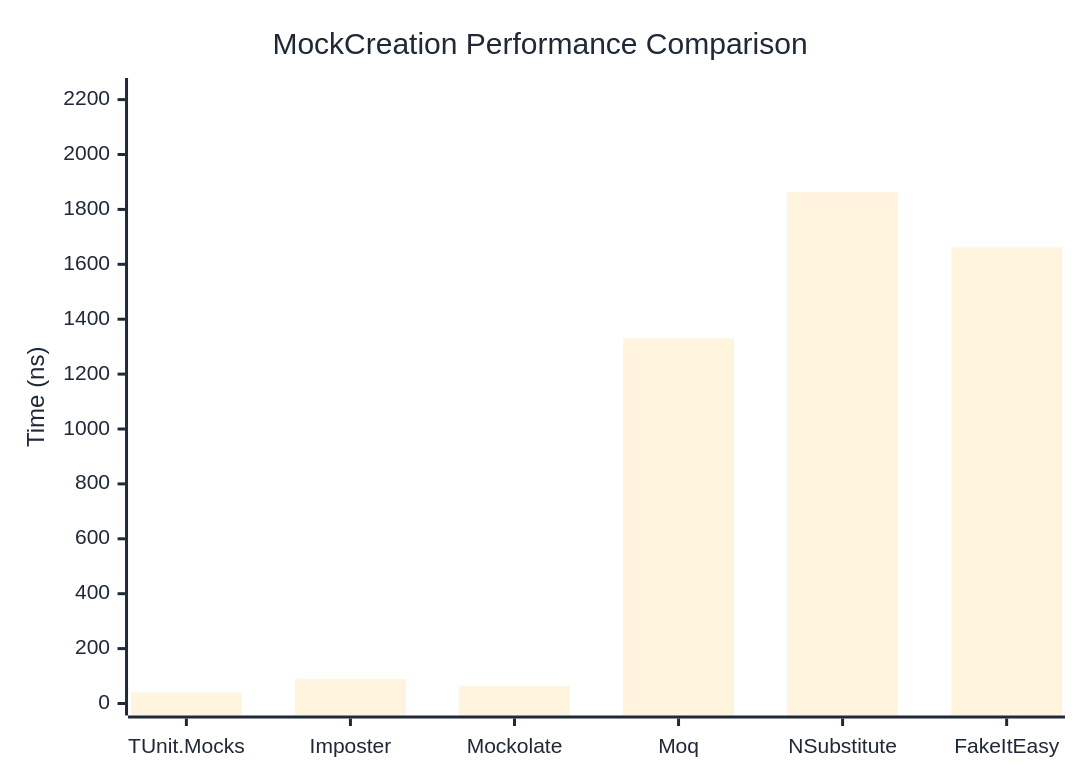
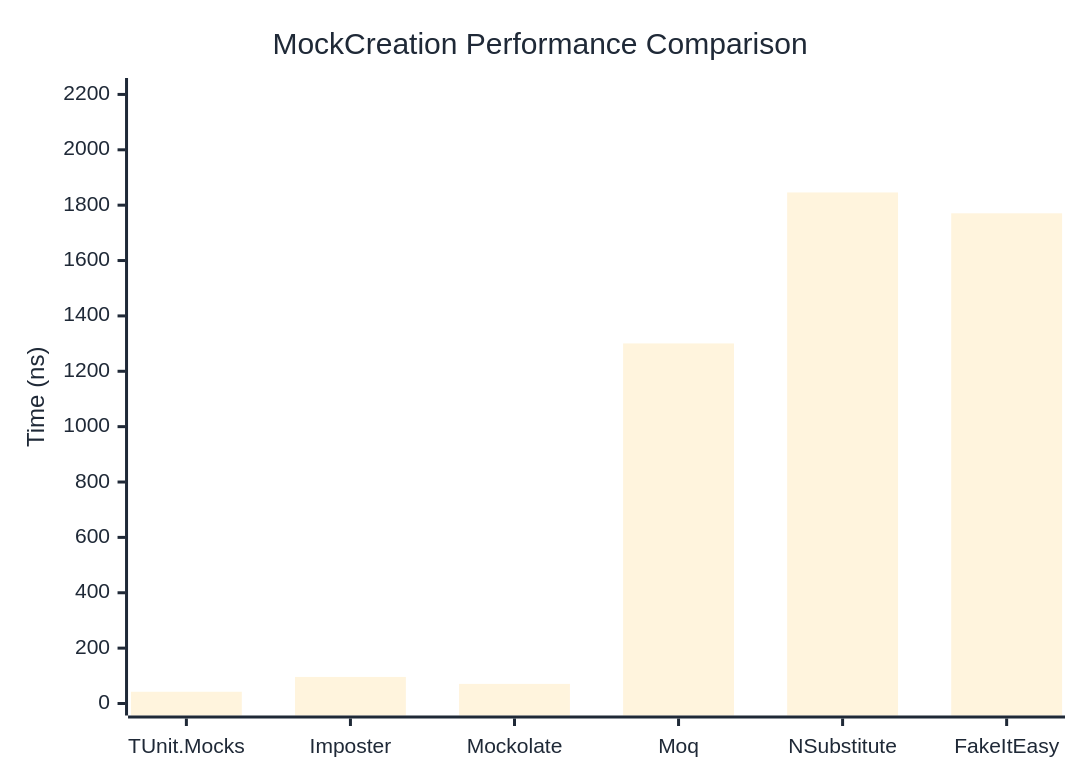
Before and after one commit to thomhurst/TUnit: the first of 2 diagrams in docs/docs/benchmarks/mocks/MockCreation.md, drawn with Mermaid. The commit also changed other lines of this file and 13 other files, not shown here.

````diff
--- a/docs/docs/benchmarks/mocks/MockCreation.md
+++ b/docs/docs/benchmarks/mocks/MockCreation.md
@@ -28,27 +28,27 @@
 ```mermaid
 %%{init: {
   'theme':'base',
   'themeVariables': {
     'primaryColor': '#2563eb',
     'primaryTextColor': '#1f2937',
     'primaryBorderColor': '#1e40af',
     'lineColor': '#6b7280',
     'secondaryColor': '#7c3aed',
     'tertiaryColor': '#dc2626',
     'background': '#ffffff',
     'pie1': '#2563eb',
     'pie2': '#7c3aed',
     'pie3': '#dc2626',
     'pie4': '#f59e0b',
     'pie5': '#10b981',
     'pie6': '#06b6d4',
     'pie7': '#ec4899',
     'pie8': '#6366f1'
   }
 }}%%
 xychart-beta
   title "MockCreation Performance Comparison"
   x-axis ["TUnit.Mocks", "Imposter", "Mockolate", "Moq", "NSubstitute", "FakeItEasy"]
-  y-axis "Time (ns)" 0 --> 2235
-  bar [40.17, 89.16, 63.18, 1330.06, 1862.34, 1662.17]
+  y-axis "Time (ns)" 0 --> 2216
+  bar [42.43, 96, 70.83, 1300.61, 1845.95, 1770.65]
 ```
````
